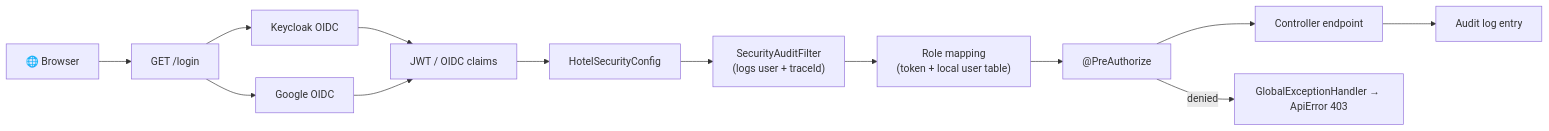
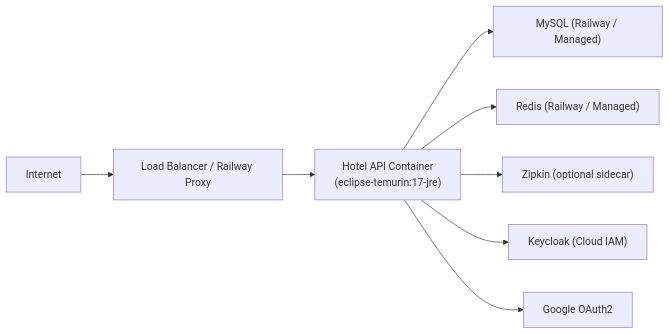
One commit to byte2code/hotel-management-api changed the eighth of 8 diagrams in README.md. Above: the diagram before and after it, drawn with Mermaid. The commit also changed other lines of this file, not shown here.

Commit message:
docs: generate comprehensive world-class README with system architecture

````diff
--- a/README.md
+++ b/README.md
@@ -349,15 +1088,10 @@
 ```mermaid
-flowchart LR
-    Browser["🌐 Browser"] --> Login["GET /login"]
-    Login --> Keycloak["Keycloak OIDC"]
-    Login --> Google["Google OIDC"]
-    Keycloak --> Token["JWT / OIDC claims"]
-    Google --> Token
-    Token --> Security["HotelSecurityConfig"]
-    Security --> AuditFilter["SecurityAuditFilter\n(logs user + traceId)"]
-    AuditFilter --> RoleMap["Role mapping\n(token + local user table)"]
-    RoleMap --> PreAuth["@PreAuthorize"]
-    PreAuth --> Endpoint["Controller endpoint"]
-    Endpoint --> Audit["Audit log entry"]
-    PreAuth -->|denied| ExHandler["GlobalExceptionHandler → ApiError 403"]
+graph LR
+    Internet["Internet"] --> LB["Load Balancer / Railway Proxy"]
+    LB --> App["Hotel API Container\n(eclipse-temurin:17-jre)"]
+    App --> MySQL["MySQL (Railway / Managed)"]
+    App --> Redis["Redis (Railway / Managed)"]
+    App --> Zipkin["Zipkin (optional sidecar)"]
+    App --> Keycloak["Keycloak (Cloud IAM)"]
+    App --> Google["Google OAuth2"]
 ```
````
